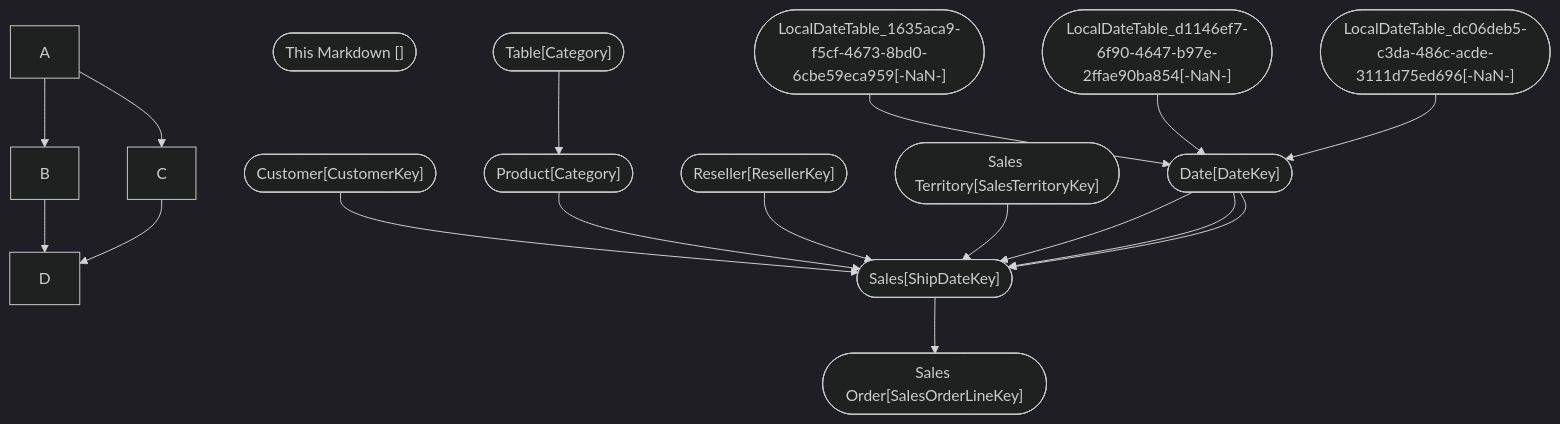
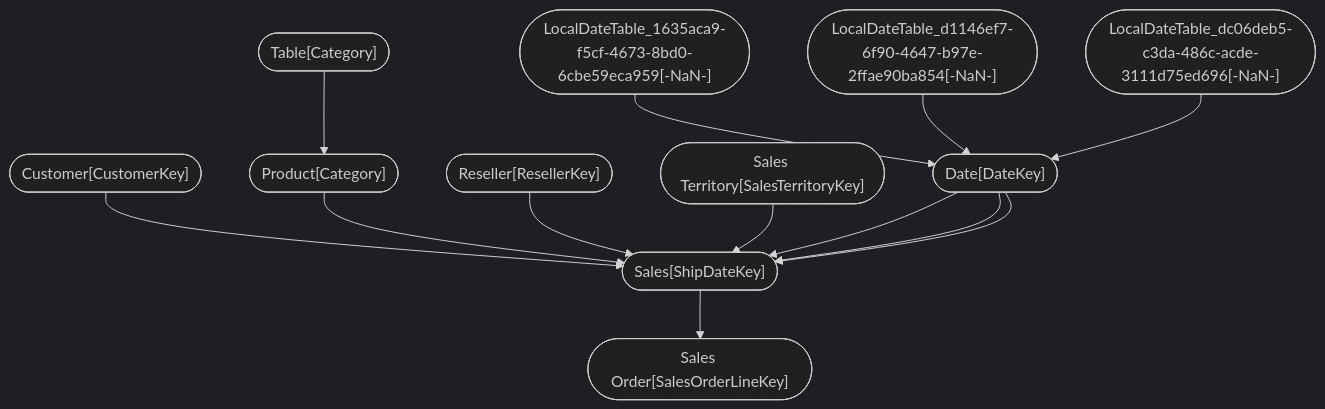
The second of 2 diagrams in tests/output/AdventureWorks_Sales.pbix.md (ZdenekMerka/pbix_doc), drawn with Mermaid (dark theme) before and after one commit.

````diff
--- a/tests/output/AdventureWorks_Sales.pbix.md
+++ b/tests/output/AdventureWorks_Sales.pbix.md
@@ -37,139 +37,15 @@
 ```mermaid
 graph TD;
-    A-->B;
-    A-->C;
-    B-->D;
-    C-->D;
-id(["This Markdown []"])
-
-
-
-
 id186(["LocalDateTable_1635aca9-f5cf-4673-8bd0-6cbe59eca959[-NaN-]"]) --> id183(["Date[Date]"])
-
-
-
-
-
-id(["This Markdown []"])
-
-
-
-
 id189(["LocalDateTable_d1146ef7-6f90-4647-b97e-2ffae90ba854[-NaN-]"]) --> id183(["Date[Month]"])
-
-
-
-
-
-id(["This Markdown []"])
-
-
-
-
 id192(["LocalDateTable_dc06deb5-c3da-486c-acde-3111d75ed696[-NaN-]"]) --> id183(["Date[Full Date]"])
-
-
-
-
-
-id(["This Markdown []"])
-
-
-
-
 id12(["Customer[CustomerKey]"]) --> id805(["Sales[CustomerKey]"])
-
-
-
-
-
-id(["This Markdown []"])
-
-
-
-
 id572(["Product[ProductKey]"]) --> id805(["Sales[ProductKey]"])
-
-
-
-
-
-id(["This Markdown []"])
-
-
-
-
 id690(["Reseller[ResellerKey]"]) --> id805(["Sales[ResellerKey]"])
-
-
-
-
-
-id(["This Markdown []"])
-
-
-
-
 id805(["Sales[SalesOrderLineKey]"]) --> id980(["Sales Order[SalesOrderLineKey]"])
-
-
-
-
-
-id(["This Markdown []"])
-
-
-
-
 id1078(["Sales Territory[SalesTerritoryKey]"]) --> id805(["Sales[SalesTerritoryKey]"])
-
-
-
-
-
-id(["This Markdown []"])
-
-
-
-
 id183(["Date[DateKey]"]) --> id805(["Sales[OrderDateKey]"])
-
-
-
-
-
-id(["This Markdown []"])
-
-
-
-
 id183(["Date[DateKey]"]) --> id805(["Sales[DueDateKey]"])
-
-
-
-
-
-id(["This Markdown []"])
-
-
-
-
 id183(["Date[DateKey]"]) --> id805(["Sales[ShipDateKey]"])
-
-
-
-
-
-id(["This Markdown []"])
-
-
-
-
 id3642(["Table[Category]"]) --> id572(["Product[Category]"])
-
-
-
-
-
 ```
````
